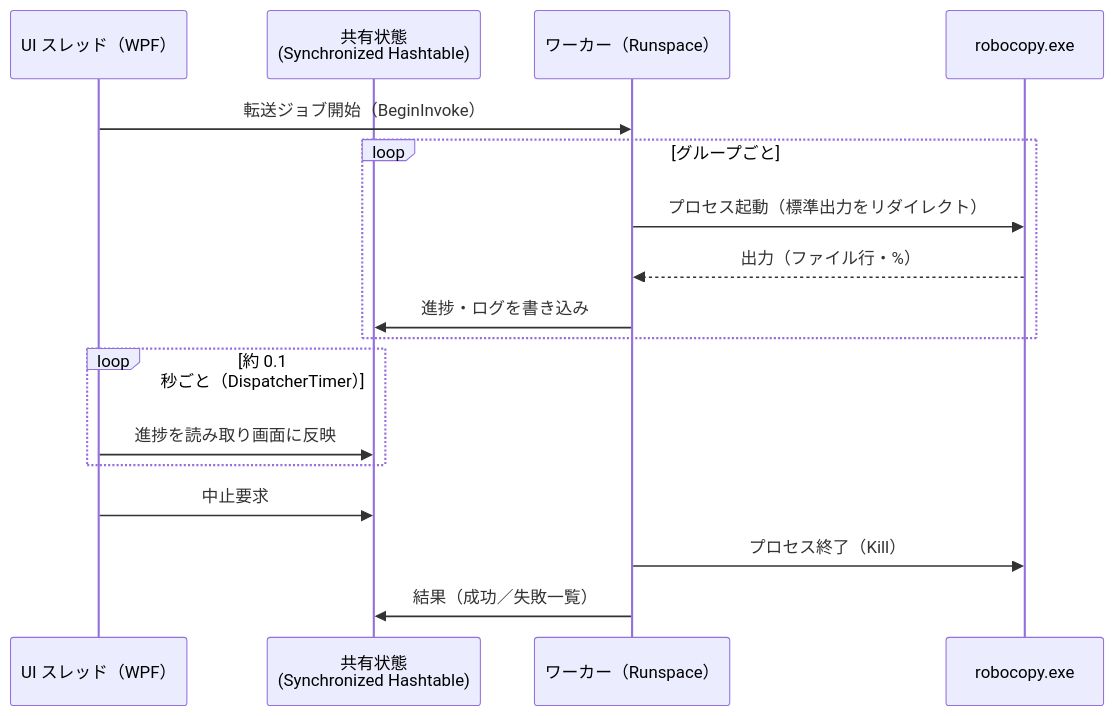
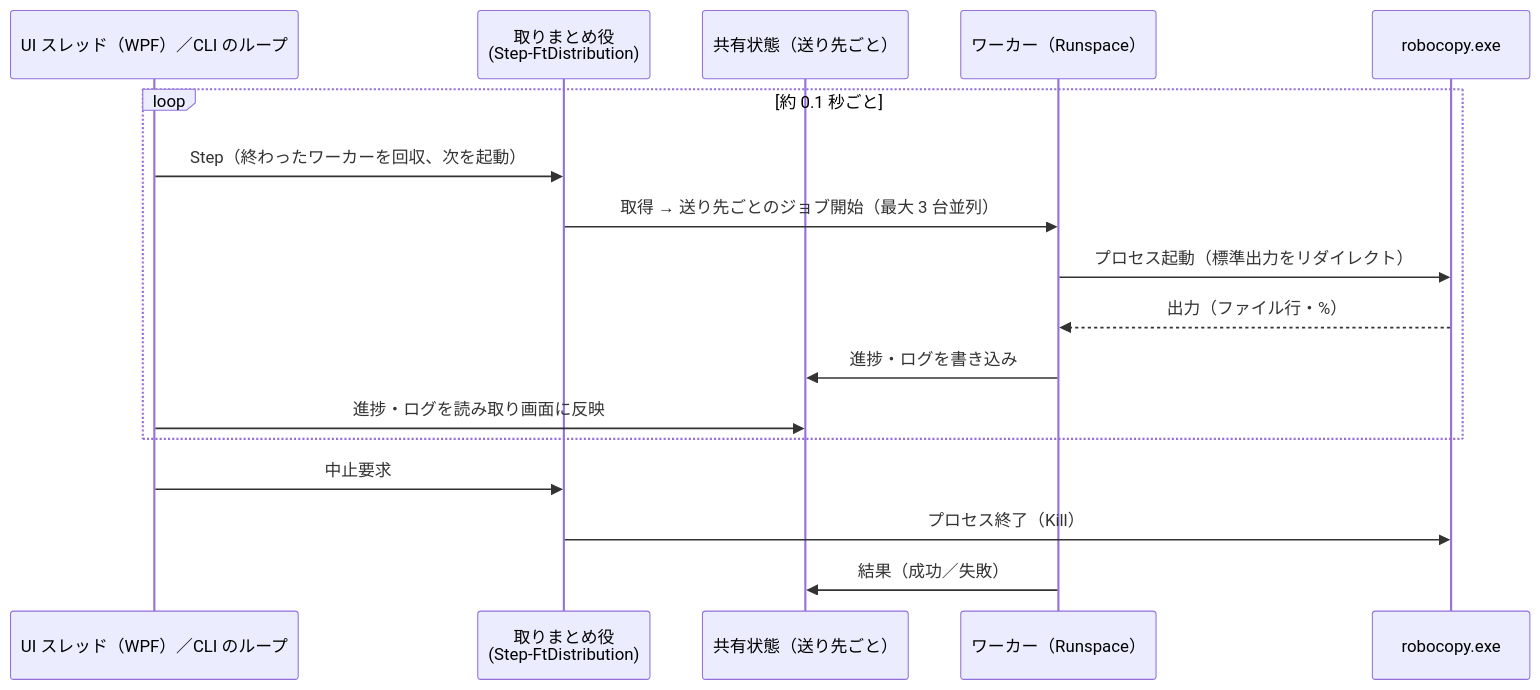
The fifth of 5 diagrams in docs/design.md (y24/FileTransfer), drawn with Mermaid before and after one commit. The commit also changed other lines of this file and 12 other files, not shown here.

````diff
--- a/docs/design.md
+++ b/docs/design.md
@@ -543,20 +643,20 @@
 ```mermaid
 sequenceDiagram
-  participant UI as UI スレッド（WPF）
-  participant ST as 共有状態<br>(Synchronized Hashtable)
+  participant UI as UI スレッド（WPF）／CLI のループ
+  participant D as 取りまとめ役<br>(Step-FtDistribution)
+  participant ST as 共有状態（送り先ごと）
   participant W as ワーカー（Runspace）
   participant R as robocopy.exe
 
-  UI->>W: 転送ジョブ開始（BeginInvoke）
-  loop グループごと
+  loop 約 0.1 秒ごと
+    UI->>D: Step（終わったワーカーを回収、次を起動）
+    D->>W: 取得 → 送り先ごとのジョブ開始（最大 3 台並列）
     W->>R: プロセス起動（標準出力をリダイレクト）
     R-->>W: 出力（ファイル行・%）
     W->>ST: 進捗・ログを書き込み
+    UI->>ST: 進捗・ログを読み取り画面に反映
   end
-  loop 約 0.1 秒ごと（DispatcherTimer）
-    UI->>ST: 進捗を読み取り画面に反映
-  end
-  UI->>ST: 中止要求
-  W->>R: プロセス終了（Kill）
-  W->>ST: 結果（成功／失敗一覧）
+  UI->>D: 中止要求
+  D->>R: プロセス終了（Kill）
+  W->>ST: 結果（成功／失敗）
 ```
````
